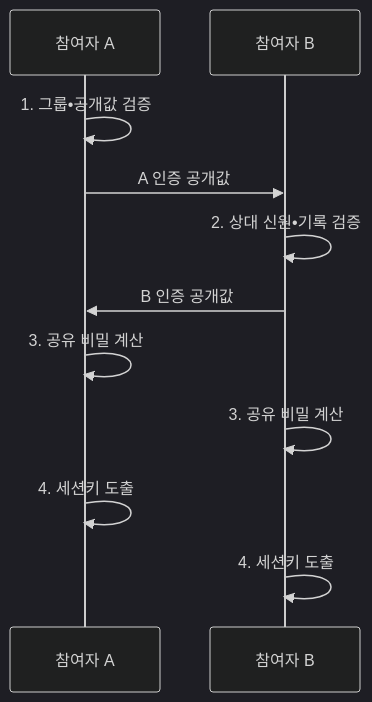
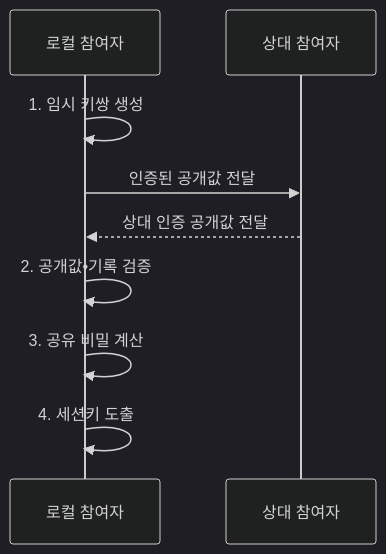
Before and after one commit to agnusdei1207/knowledge-base: the second of 2 diagrams in src/content/docs/notes/05-security/005_diffie_hellman_key_exchange.md, drawn with Mermaid (dark theme). The commit also changed other lines of this file and 7 other files, not shown here.

````diff
--- a/src/content/docs/notes/05-security/005_diffie_hellman_key_exchange.md
+++ b/src/content/docs/notes/05-security/005_diffie_hellman_key_exchange.md
@@ -104,13 +104,11 @@
 ```mermaid
 sequenceDiagram
-    participant A as 참여자 A
-    participant B as 참여자 B
-    A->>A: 1. 그룹•공개값 검증
-    A->>B: A 인증 공개값
-    B->>B: 2. 상대 신원•기록 검증
-    B->>A: B 인증 공개값
-    A->>A: 3. 공유 비밀 계산
-    B->>B: 3. 공유 비밀 계산
-    A->>A: 4. 세션키 도출
-    B->>B: 4. 세션키 도출
+    participant L as 로컬 참여자
+    participant R as 상대 참여자
+    L->>L: 1. 임시 키쌍 생성
+    L->>R: 인증된 공개값 전달
+    R-->>L: 상대 인증 공개값 전달
+    L->>L: 2. 공개값•기록 검증
+    L->>L: 3. 공유 비밀 계산
+    L->>L: 4. 세션키 도출
 ```
````
